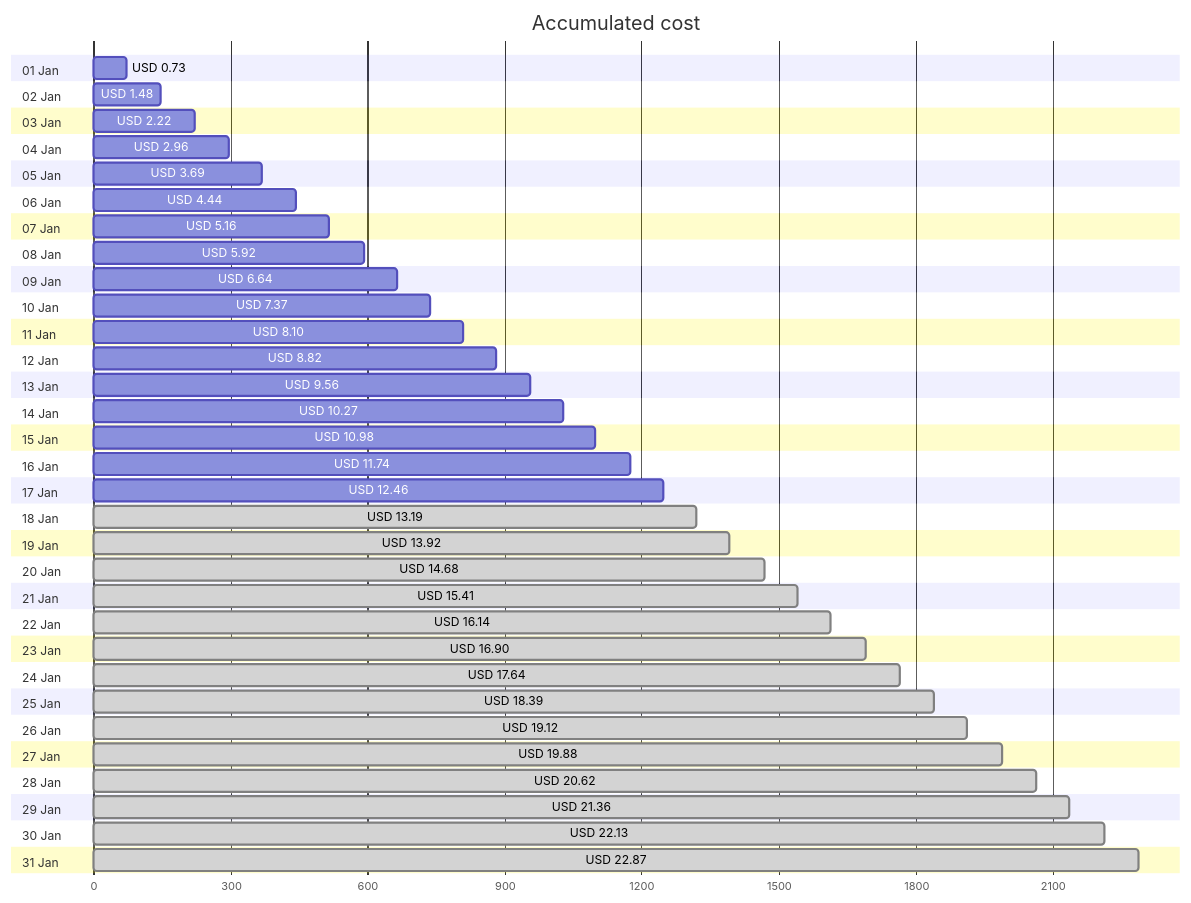
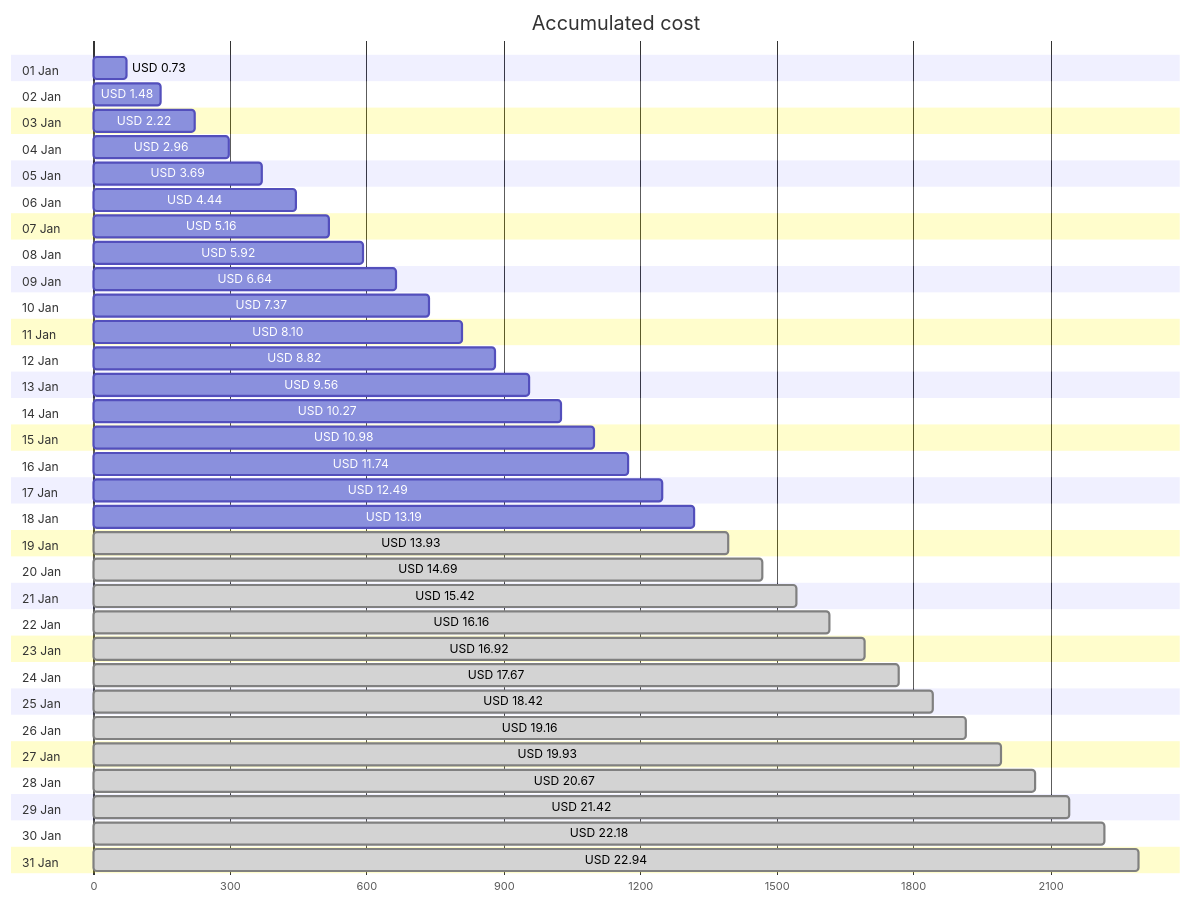
One commit to jpfulton/azure-personal-reports changed the first of 4 diagrams in cost-reports/personal-network/backup-server-data-disk.md. Above: the diagram before and after it, drawn with Mermaid. The commit also changed other lines of this file and 8 other files, not shown here.

````diff
--- a/cost-reports/personal-network/backup-server-data-disk.md
+++ b/cost-reports/personal-network/backup-server-data-disk.md
@@ -20,68 +20,68 @@
 ```mermaid
 gantt
    title Accumulated cost
    dateFormat  X
    axisFormat %s
    section 01 Jan
    USD 0.73 :0, 73
    section 02 Jan
    USD 1.48 :0, 148
    section 03 Jan
    USD 2.22 :0, 222
    section 04 Jan
    USD 2.96 :0, 296
    section 05 Jan
    USD 3.69 :0, 369
    section 06 Jan
    USD 4.44 :0, 444
    section 07 Jan
    USD 5.16 :0, 516
    section 08 Jan
    USD 5.92 :0, 592
    section 09 Jan
    USD 6.64 :0, 664
    section 10 Jan
    USD 7.37 :0, 737
    section 11 Jan
    USD 8.10 :0, 810
    section 12 Jan
    USD 8.82 :0, 882
    section 13 Jan
    USD 9.56 :0, 956
    section 14 Jan
    USD 10.27 :0, 1027
    section 15 Jan
    USD 10.98 :0, 1098
    section 16 Jan
    USD 11.74 :0, 1174
    section 17 Jan
-   USD 12.46 :0, 1246
+   USD 12.49 :0, 1249
    section 18 Jan
-   USD 13.19 : done, 0, 1319
+   USD 13.19 :0, 1319
    section 19 Jan
-   USD 13.92 : done, 0, 1392
+   USD 13.93 : done, 0, 1393
    section 20 Jan
-   USD 14.68 : done, 0, 1468
+   USD 14.69 : done, 0, 1469
    section 21 Jan
-   USD 15.41 : done, 0, 1541
+   USD 15.42 : done, 0, 1542
    section 22 Jan
-   USD 16.14 : done, 0, 1614
+   USD 16.16 : done, 0, 1616
    section 23 Jan
-   USD 16.90 : done, 0, 1690
+   USD 16.92 : done, 0, 1692
    section 24 Jan
-   USD 17.64 : done, 0, 1764
+   USD 17.67 : done, 0, 1767
    section 25 Jan
-   USD 18.39 : done, 0, 1839
+   USD 18.42 : done, 0, 1842
    section 26 Jan
-   USD 19.12 : done, 0, 1912
+   USD 19.16 : done, 0, 1916
    section 27 Jan
-   USD 19.88 : done, 0, 1988
+   USD 19.93 : done, 0, 1993
    section 28 Jan
-   USD 20.62 : done, 0, 2062
+   USD 20.67 : done, 0, 2067
    section 29 Jan
-   USD 21.36 : done, 0, 2136
+   USD 21.42 : done, 0, 2142
    section 30 Jan
-   USD 22.13 : done, 0, 2213
+   USD 22.18 : done, 0, 2218
    section 31 Jan
-   USD 22.87 : done, 0, 2287
+   USD 22.94 : done, 0, 2294
 ```
````
